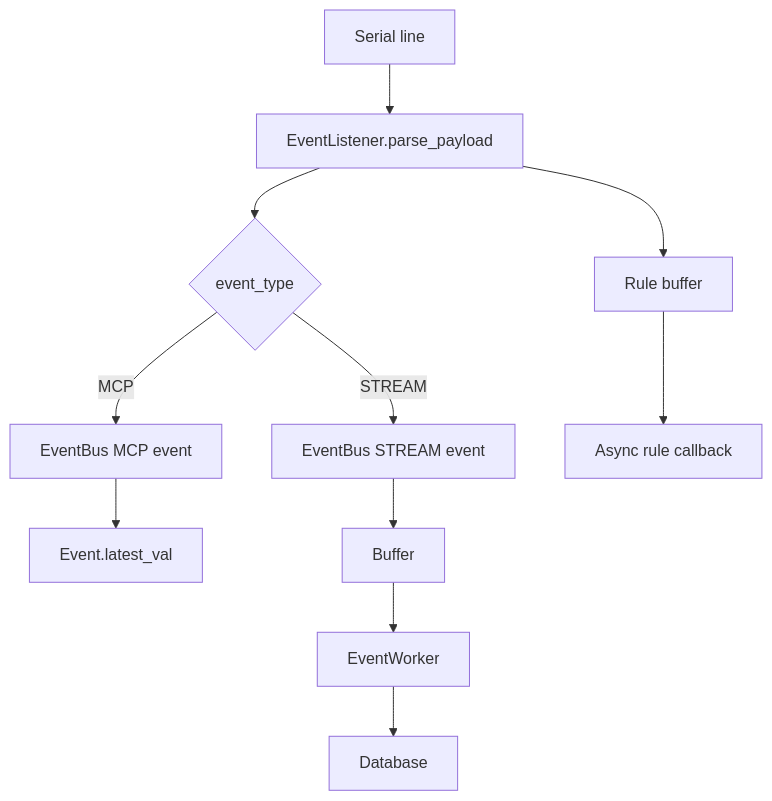
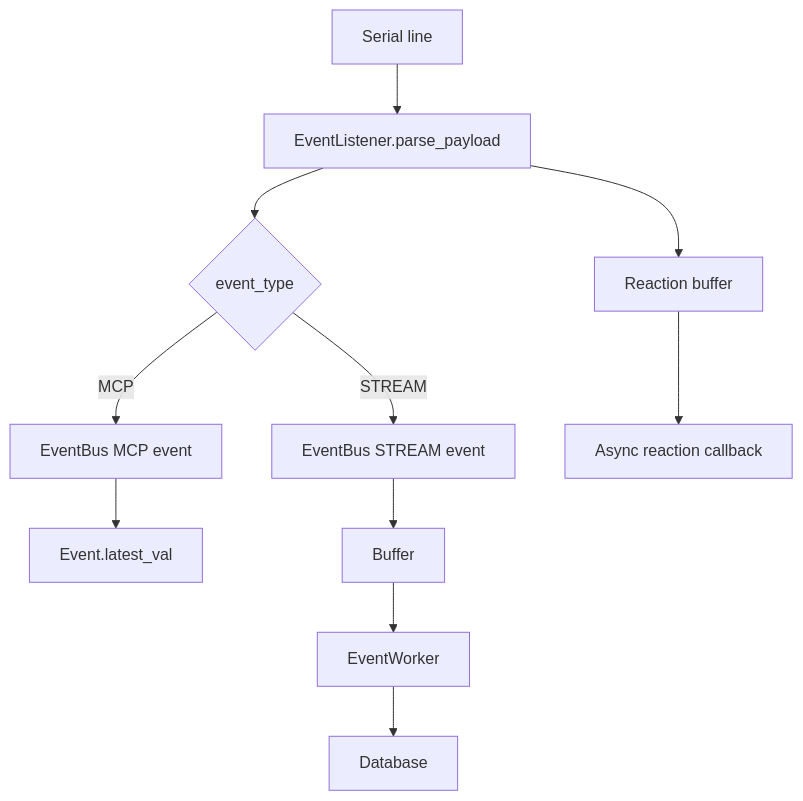
Before and after one commit to BaronLiu1993/gerbera: the first of 2 diagrams in src/gerbera_sdk/events/README.md, drawn with Mermaid. The commit also changed other lines of this file and 39 other files, not shown here.

Commit message:
renamed reaction schema

````diff
--- a/src/gerbera_sdk/events/README.md
+++ b/src/gerbera_sdk/events/README.md
@@ -36,13 +36,13 @@
 ```mermaid
 flowchart TD
     A[Serial line] --> B[EventListener.parse_payload]
     B --> C{event_type}
     C -->|MCP| D[EventBus MCP event]
     C -->|STREAM| E[EventBus STREAM event]
     D --> F[Event.latest_val]
     E --> G[Buffer]
-    B --> R[Rule buffer]
-    R --> S[Async rule callback]
+    B --> R[Reaction buffer]
+    R --> S[Async reaction callback]
     G --> H[EventWorker]
     H --> I[Database]
 ```
````
